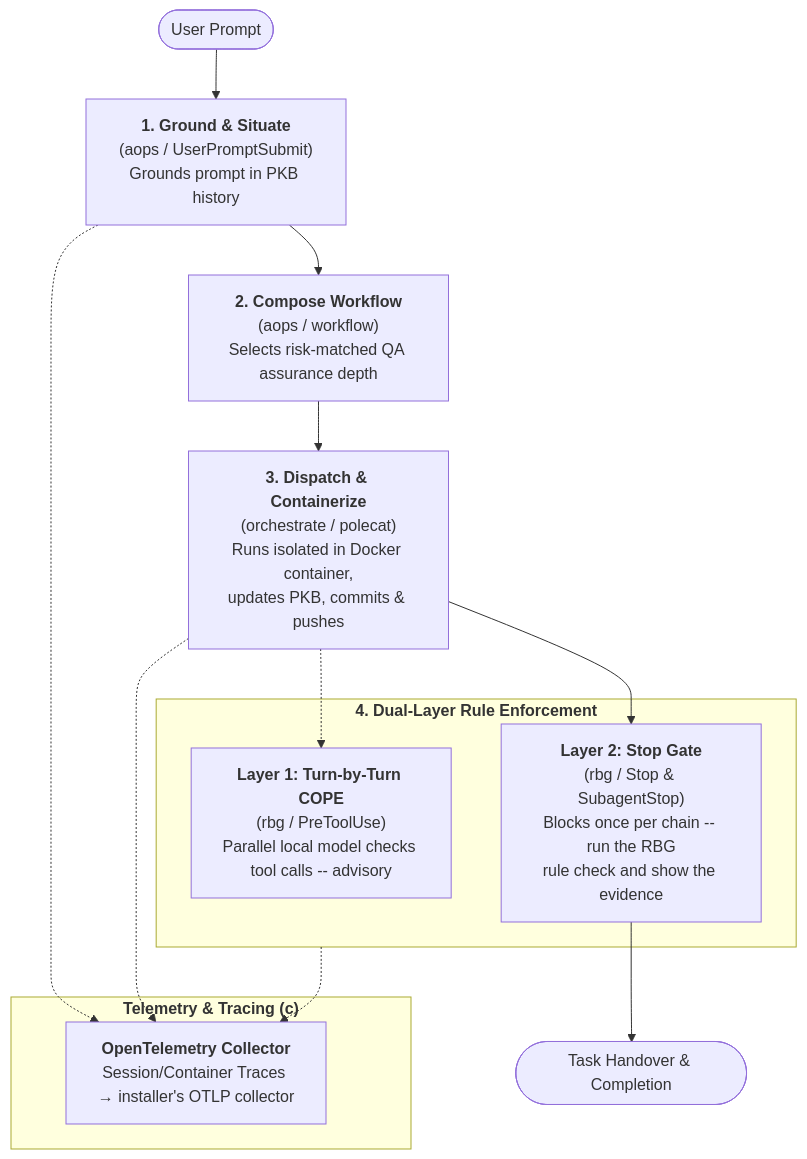
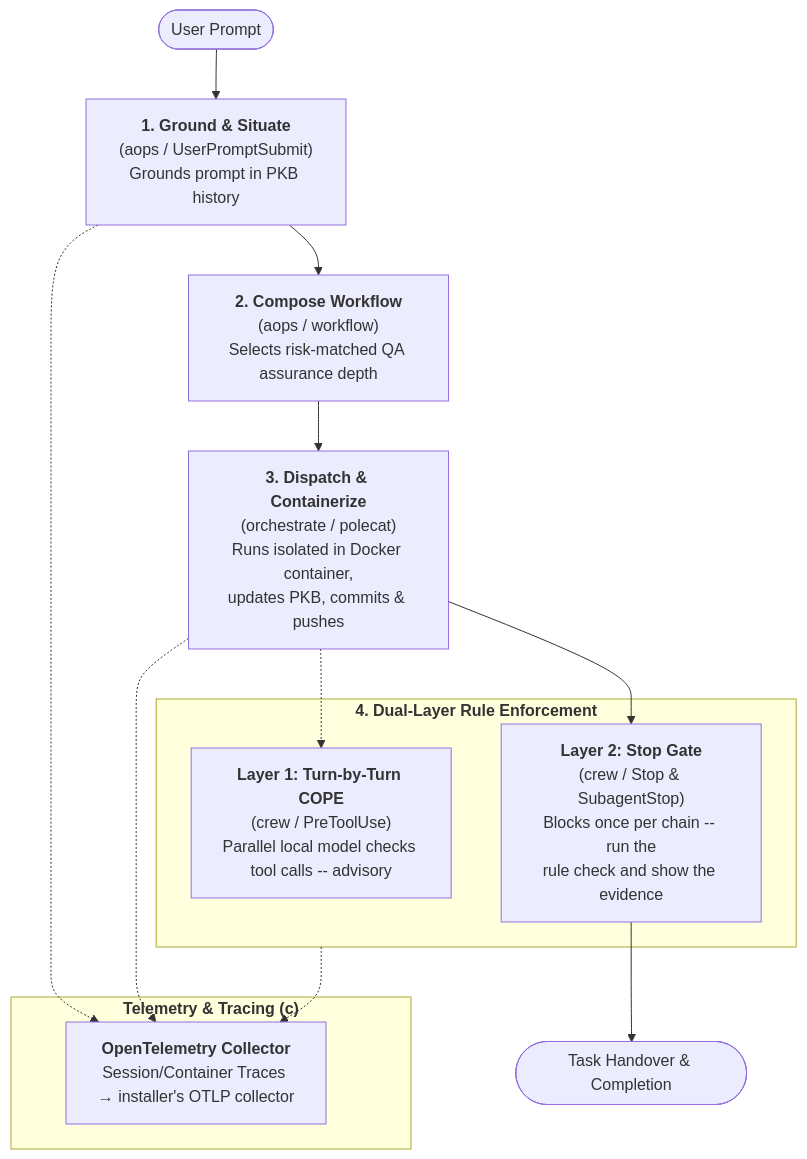
One commit to nicsuzor/academicOps changed the diagram in README.md. Above: the diagram before and after it, drawn with Mermaid. The commit also changed other lines of this file and 167 other files, not shown here.

````diff
--- a/README.md
+++ b/README.md
@@ -20,23 +20,23 @@
 ```mermaid
 flowchart TD
     U([User Prompt]) --> P1["<b>1. Ground & Situate</b><br/>(aops / UserPromptSubmit)<br/>Grounds prompt in PKB history"]
     P1 --> P2["<b>2. Compose Workflow</b><br/>(aops / workflow)<br/>Selects risk-matched QA assurance depth"]
     P2 --> P3["<b>3. Dispatch & Containerize</b><br/>(orchestrate / polecat)<br/>Runs isolated in Docker container,<br/>updates PKB, commits & pushes"]
     
     subgraph Enforcement["<b>4. Dual-Layer Rule Enforcement</b>"]
-        E1["<b>Layer 1: Turn-by-Turn COPE</b><br/>(rbg / PreToolUse)<br/>Parallel local model checks tool calls -- advisory"]
-        E2["<b>Layer 2: Stop Gate</b><br/>(rbg / Stop & SubagentStop)<br/>Blocks once per chain -- run the RBG<br/>rule check and show the evidence"]
+        E1["<b>Layer 1: Turn-by-Turn COPE</b><br/>(crew / PreToolUse)<br/>Parallel local model checks tool calls -- advisory"]
+        E2["<b>Layer 2: Stop Gate</b><br/>(crew / Stop & SubagentStop)<br/>Blocks once per chain -- run the<br/>rule check and show the evidence"]
     end
 
     P3 -.-> E1
     P3 --> E2
     E2 --> F([Task Handover & Completion])
 
     subgraph Tracing["<b>Telemetry & Tracing (c)</b>"]
         OTEL["<b>OpenTelemetry Collector</b><br/>Session/Container Traces → installer's OTLP collector"]
     end
 
     P1 -.-> OTEL
     P3 -.-> OTEL
     Enforcement -.-> OTEL
 ```
````
